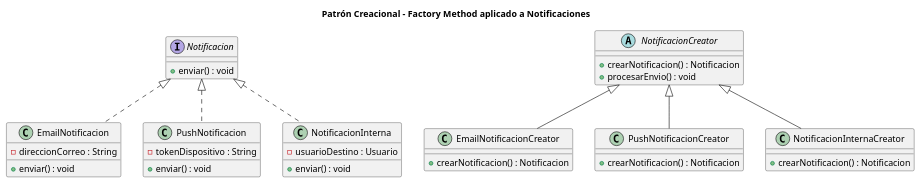
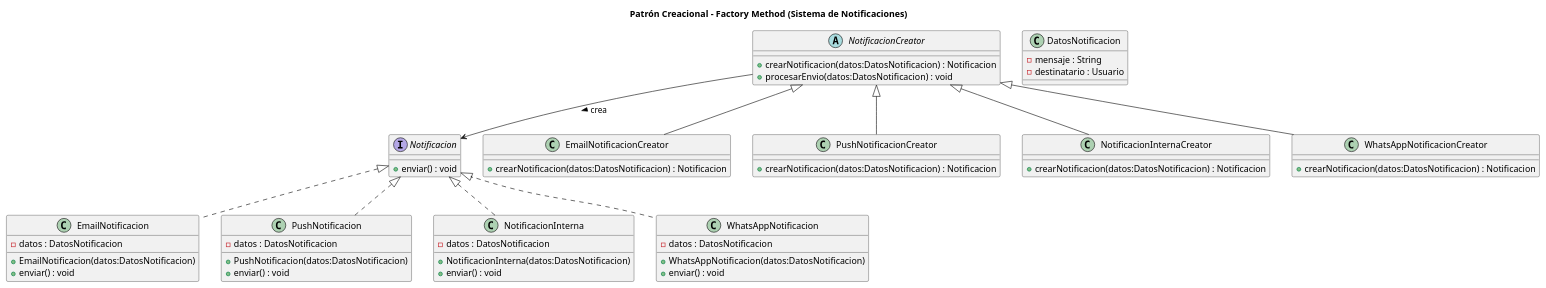
One commit to GonzaloBarbano/SistemaProductoraVideos changed the diagram in diagramas/01-diagrama-clases/01-patron-creacional-factory-method.puml. Above: the diagram before and after it, drawn with PlantUML. The commit also changed 6 other files, not shown here.

```diff
--- a/diagramas/01-diagrama-clases/01-patron-creacional-factory-method.puml
+++ b/diagramas/01-diagrama-clases/01-patron-creacional-factory-method.puml
@@ -1,48 +1,87 @@
 @startuml
-title Patrón Creacional – Factory Method aplicado a Notificaciones
+title Patrón Creacional - Factory Method (Sistema de Notificaciones)
+
+'==========================
+'     PRODUCTO (INTERFAZ)
+'==========================
 
 interface Notificacion {
-    +enviar() : void
+    + enviar() : void
 }
 
+' El producto ahora recibe información necesaria
+class DatosNotificacion {
+    - mensaje : String
+    - destinatario : Usuario
+}
+
+'==========================
+'  PRODUCTOS CONCRETOS
+'==========================
+
 class EmailNotificacion {
-    -direccionCorreo : String
-    +enviar() : void
+    - datos : DatosNotificacion
+    + EmailNotificacion(datos:DatosNotificacion)
+    + enviar() : void
 }
 
 class PushNotificacion {
-    -tokenDispositivo : String
-    +enviar() : void
+    - datos : DatosNotificacion
+    + PushNotificacion(datos:DatosNotificacion)
+    + enviar() : void
 }
 
 class NotificacionInterna {
-    -usuarioDestino : Usuario
-    +enviar() : void
+    - datos : DatosNotificacion
+    + NotificacionInterna(datos:DatosNotificacion)
+    + enviar() : void
 }
 
-abstract class NotificacionCreator {
-    +crearNotificacion() : Notificacion
-    +procesarEnvio() : void
+class WhatsAppNotificacion {
+    - datos : DatosNotificacion
+    + WhatsAppNotificacion(datos:DatosNotificacion)
+    + enviar() : void
 }
 
+Notificacion <|.. EmailNotificacion
+Notificacion <|.. PushNotificacion
+Notificacion <|.. NotificacionInterna
+Notificacion <|.. WhatsAppNotificacion
+
+'==========================
+'    CREATOR ABSTRACTO
+'==========================
+
+abstract class NotificacionCreator {
+    + crearNotificacion(datos:DatosNotificacion) : Notificacion
+    + procesarEnvio(datos:DatosNotificacion) : void
+}
+
+NotificacionCreator --> Notificacion : crea >
+
+'==========================
+'     CREADORES CONCRETOS
+'==========================
+
 class EmailNotificacionCreator {
-    +crearNotificacion() : Notificacion
+    + crearNotificacion(datos:DatosNotificacion) : Notificacion
 }
 
 class PushNotificacionCreator {
-    +crearNotificacion() : Notificacion
+    + crearNotificacion(datos:DatosNotificacion) : Notificacion
 }
 
 class NotificacionInternaCreator {
-    +crearNotificacion() : Notificacion
+    + crearNotificacion(datos:DatosNotificacion) : Notificacion
+}
+
+class WhatsAppNotificacionCreator {
+    + crearNotificacion(datos:DatosNotificacion) : Notificacion
 }
 
 NotificacionCreator <|-- EmailNotificacionCreator
 NotificacionCreator <|-- PushNotificacionCreator
 NotificacionCreator <|-- NotificacionInternaCreator
-
-Notificacion <|.. EmailNotificacion
-Notificacion <|.. PushNotificacion
-Notificacion <|.. NotificacionInterna
+NotificacionCreator <|-- WhatsAppNotificacionCreator
 
 @enduml
```
